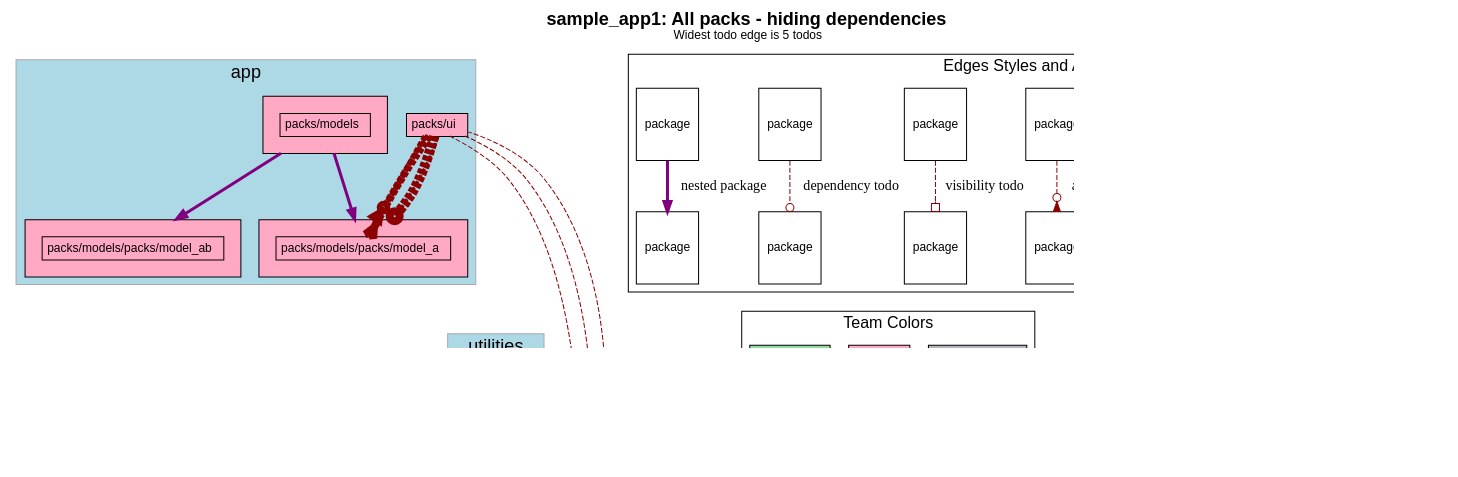
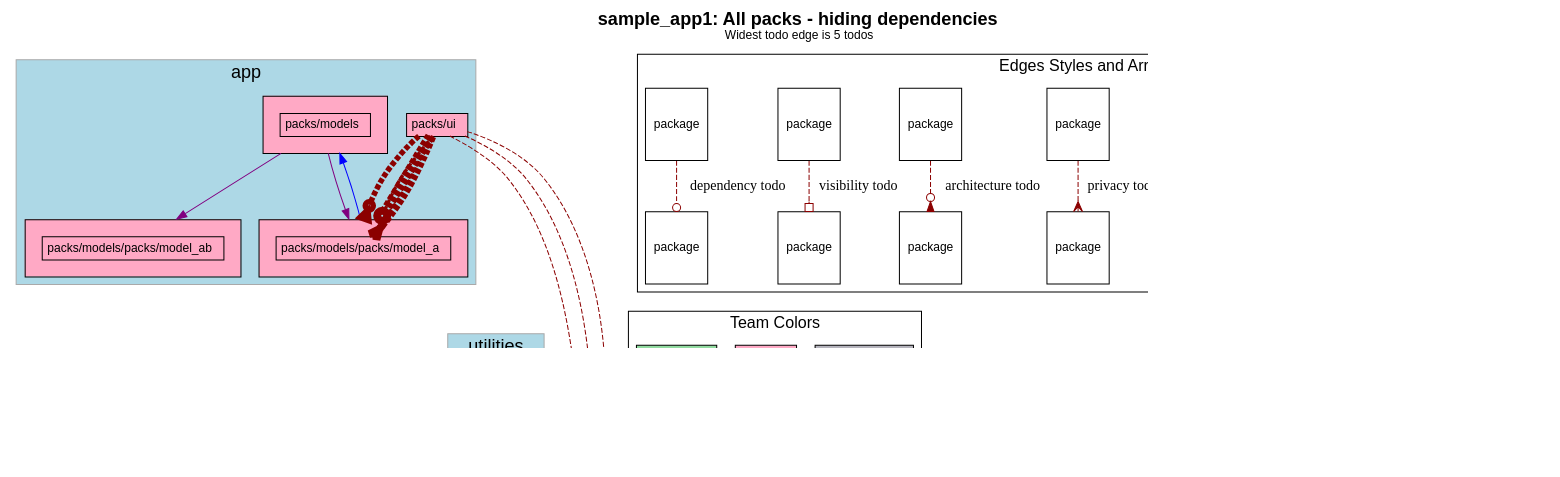
One commit to rubyatscale/visualize_packs changed the diagram in spec/sample_app1/test_output/no_dependencies.dot. Above: the diagram before and after it, drawn with Graphviz. The commit also changed 23 other files, not shown here.

```diff
--- a/spec/sample_app1/test_output/no_dependencies.dot
+++ b/spec/sample_app1/test_output/no_dependencies.dot
@@ -158,13 +158,19 @@
               # headlabel="visibility"
                 arrowhead=obox
               penwidth=3.25            ]
-        "packs/models" -> "packs/models/packs/model_a" [ color=purple penwidth=3 ]
-        "packs/models" -> "packs/models/packs/model_ab" [ color=purple penwidth=3 ]
+          "packs/models" -> "packs/models/packs/model_a" [ color=purple ]
+          "packs/models" -> "packs/models/packs/model_ab" [ color=purple ]
+        "packs/models/packs/model_a" -> "packs/models" [ color=blue constraint=false ]
     subgraph cluster_legend {
       fontsize=16
       label="Edges Styles and Arrow Heads"
       A [ fontsize=12 shape=box label="package"]
       B [ fontsize=12 shape=box label="package"]
+      K [ fontsize=12 shape=box label="package"]
+      L [ fontsize=12 shape=box label="package"]
+      M [ fontsize=12 shape=box label="package"]
+      N [ fontsize=12 shape=box label="package"]
+
       C [ fontsize=12 shape=box label="package"]
       D [ fontsize=12 shape=box label="package"]
       E [ fontsize=12 shape=box label="package"]
@@ -173,14 +179,15 @@
       H [ fontsize=12 shape=box label="package"]
       I [ fontsize=12 shape=box label="package"]
       J [ fontsize=12 shape=box label="package"]
-      K [ fontsize=12 shape=box label="package"]
-      L [ fontsize=12 shape=box label="package"]
+
       A -> B [label="accepted dependency" color=darkgreen]
+      K -> L [label="nested package" color=purple]
+      M -> N [label="visibile to" color=darkgreen]
+
       C -> D [label="privacy todo" color=darkred style=dashed arrowhead=crow]
       E -> F [label="architecture todo" color=darkred style=dashed arrowhead=invodot]
       G -> H [label="visibility todo" color=darkred style=dashed arrowhead=obox]
       I -> J [label="dependency todo" color=darkred style=dashed arrowhead=odot]
-      K -> L [label="nested package" color=purple penwidth=3]
     }
   subgraph cluster_teams_legend {
     fontsize=16
```
